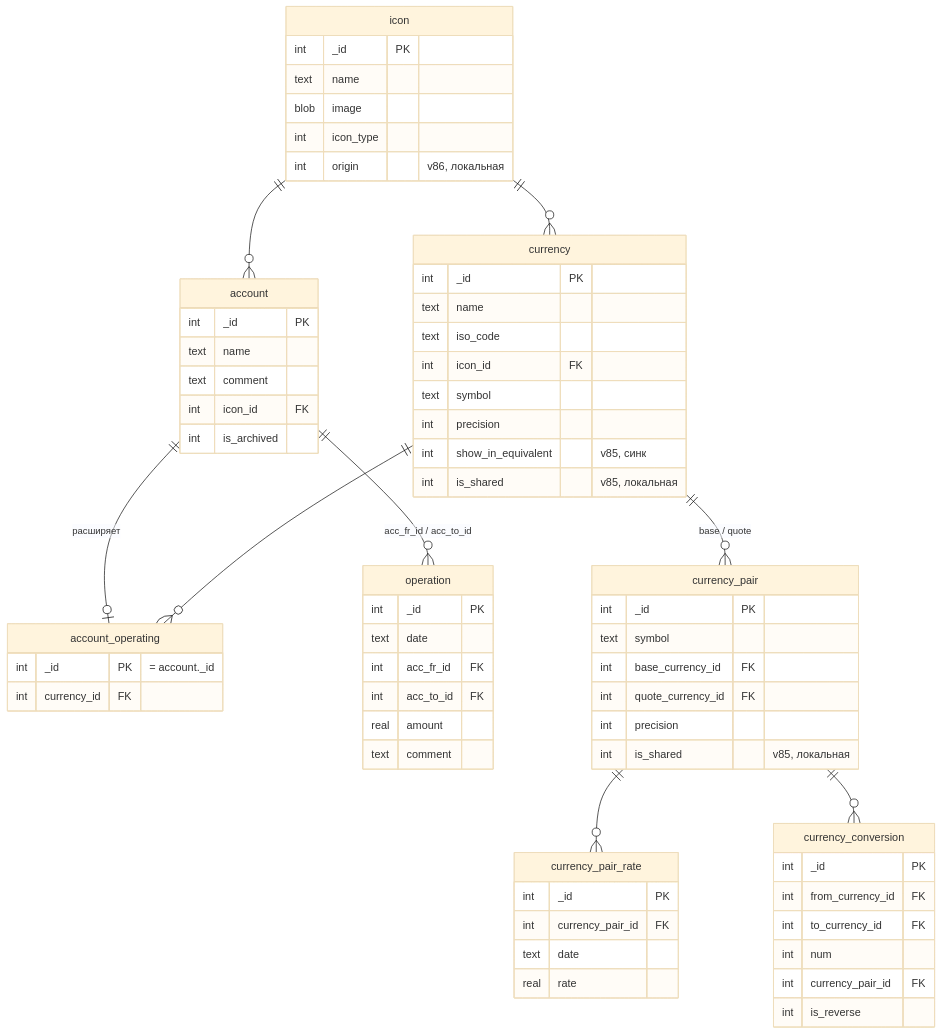
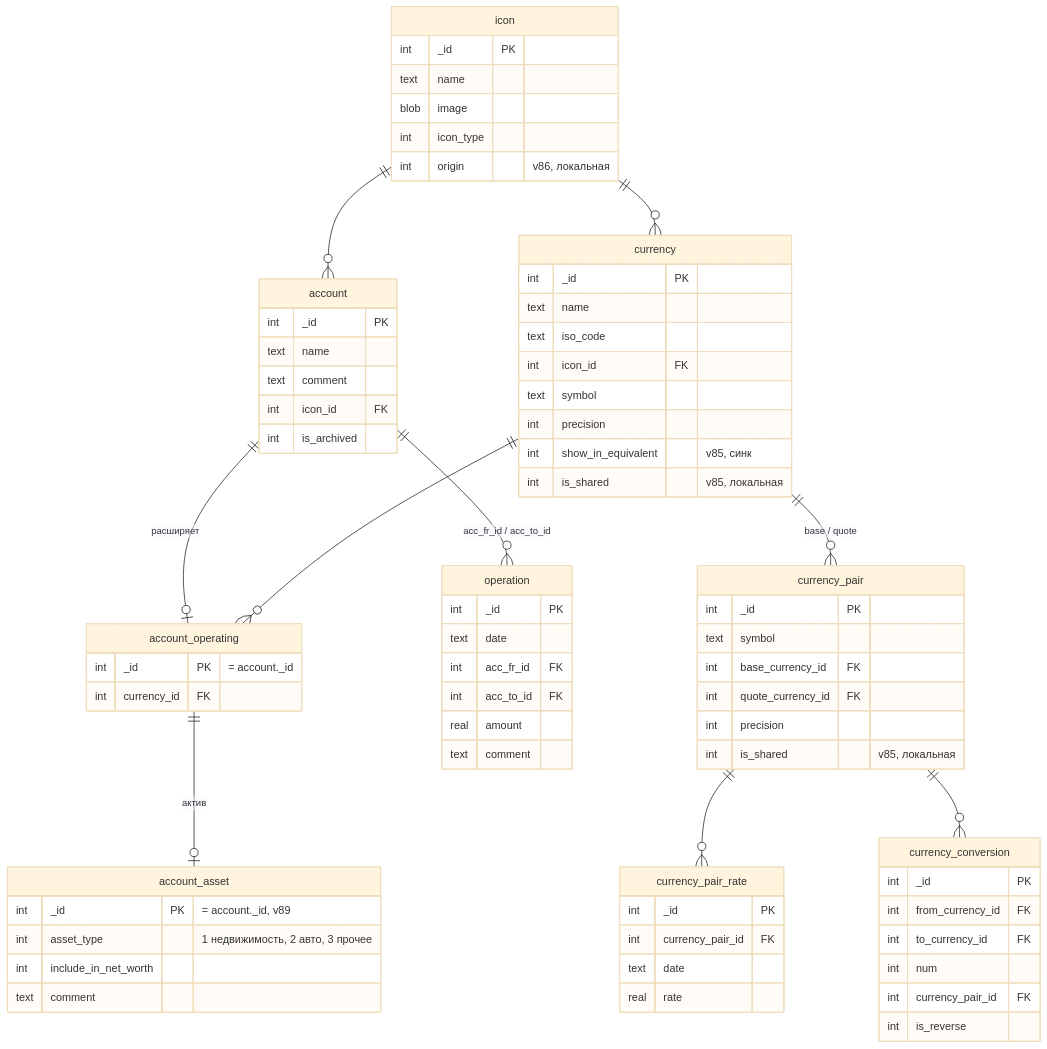
The second of 4 diagrams in docs/ARCHITECTURE.md (WalletTransactions/android-wallet), drawn with Mermaid (base theme) before and after one commit. The commit also changed other lines of this file and 35 other files, not shown here.

First line of the commit message:
Капитальные активы на телефоне: account_asset, «Переоценка», капитал в итогах (capital-assets) (#25)

````diff
--- a/docs/ARCHITECTURE.md
+++ b/docs/ARCHITECTURE.md
@@ -143,70 +143,77 @@
 ```mermaid
 erDiagram
     icon {
         int _id PK
         text name
         blob image
         int icon_type
         int origin "v86, локальная"
     }
     currency {
         int _id PK
         text name
         text iso_code
         int icon_id FK
         text symbol
         int precision
         int show_in_equivalent "v85, синк"
         int is_shared "v85, локальная"
     }
     account {
         int _id PK
         text name
         text comment
         int icon_id FK
         int is_archived
     }
     account_operating {
         int _id PK "= account._id"
         int currency_id FK
+    }
+    account_asset {
+        int _id PK "= account._id, v89"
+        int asset_type "1 недвижимость, 2 авто, 3 прочее"
+        int include_in_net_worth
+        text comment
     }
     operation {
         int _id PK
         text date
         int acc_fr_id FK
         int acc_to_id FK
         real amount
         text comment
     }
     currency_pair {
         int _id PK
         text symbol
         int base_currency_id FK
         int quote_currency_id FK
         int precision
         int is_shared "v85, локальная"
     }
     currency_pair_rate {
         int _id PK
         int currency_pair_id FK
         text date
         real rate
     }
     currency_conversion {
         int _id PK
         int from_currency_id FK
         int to_currency_id FK
         int num
         int currency_pair_id FK
         int is_reverse
     }
 
     icon ||--o{ account : ""
     icon ||--o{ currency : ""
     account ||--o| account_operating : "расширяет"
+    account_operating ||--o| account_asset : "актив"
     account ||--o{ operation : "acc_fr_id / acc_to_id"
     currency ||--o{ account_operating : ""
     currency ||--o{ currency_pair : "base / quote"
     currency_pair ||--o{ currency_pair_rate : ""
     currency_pair ||--o{ currency_conversion : ""
 ```
````
